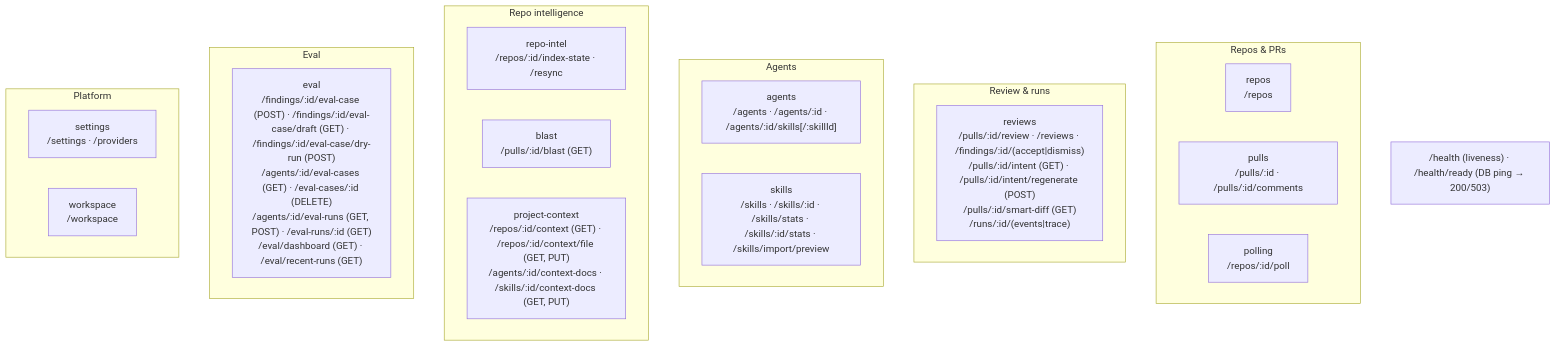
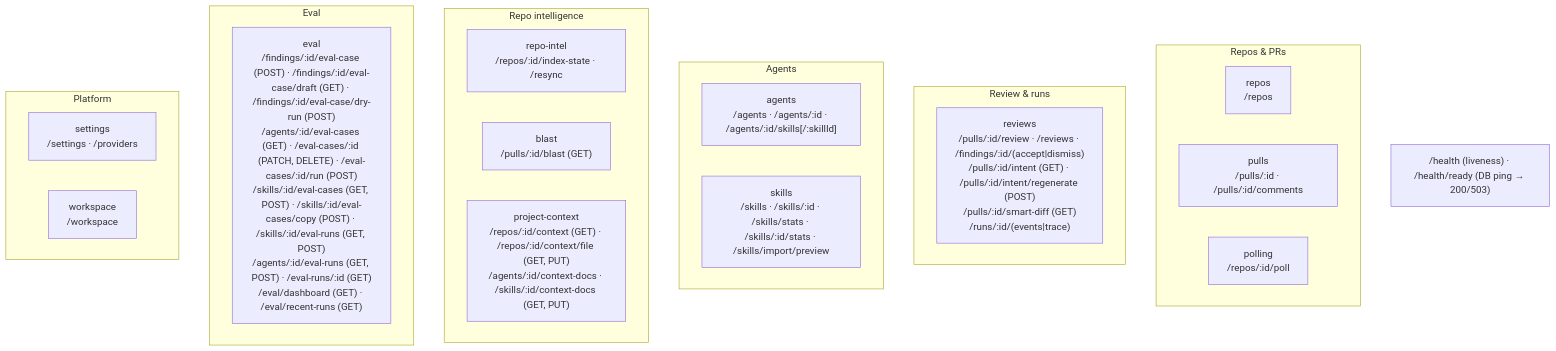
The second of 2 diagrams in server/README.md (free3et/dev-digest), drawn with Mermaid before and after one commit. The commit also changed other lines of this file and 39 other files, not shown here.

Commit message:
feat(eval): skill-owned eval cases and suite runs (G1): migration 0016, owner-aware routes, host-agent runs

````diff
--- a/server/README.md
+++ b/server/README.md
@@ -64,28 +64,28 @@
 ```mermaid
 flowchart TB
   subgraph Repos_PRs["Repos & PRs"]
     repos["repos<br/>/repos"]
     pulls["pulls<br/>/pulls/:id · /pulls/:id/comments"]
     polling["polling<br/>/repos/:id/poll"]
   end
   subgraph Review["Review & runs"]
     reviews["reviews<br/>/pulls/:id/review · /reviews · /findings/:id/(accept|dismiss)<br/>/pulls/:id/intent (GET) · /pulls/:id/intent/regenerate (POST)<br/>/pulls/:id/smart-diff (GET)<br/>/runs/:id/(events|trace)"]
   end
   subgraph Agents["Agents"]
     agents["agents<br/>/agents · /agents/:id · /agents/:id/skills[/:skillId]"]
     skills["skills<br/>/skills · /skills/:id · /skills/stats · /skills/:id/stats · /skills/import/preview"]
   end
   subgraph Intel["Repo intelligence"]
     repoIntel["repo-intel<br/>/repos/:id/index-state · /resync"]
     blast["blast<br/>/pulls/:id/blast (GET)"]
     projectContext["project-context<br/>/repos/:id/context (GET) · /repos/:id/context/file (GET, PUT)<br/>/agents/:id/context-docs · /skills/:id/context-docs (GET, PUT)"]
   end
   subgraph Eval["Eval"]
-    evalMod["eval<br/>/findings/:id/eval-case (POST) · /findings/:id/eval-case/draft (GET) · /findings/:id/eval-case/dry-run (POST)<br/>/agents/:id/eval-cases (GET) · /eval-cases/:id (DELETE)<br/>/agents/:id/eval-runs (GET, POST) · /eval-runs/:id (GET)<br/>/eval/dashboard (GET) · /eval/recent-runs (GET)"]
+    evalMod["eval<br/>/findings/:id/eval-case (POST) · /findings/:id/eval-case/draft (GET) · /findings/:id/eval-case/dry-run (POST)<br/>/agents/:id/eval-cases (GET) · /eval-cases/:id (PATCH, DELETE) · /eval-cases/:id/run (POST)<br/>/skills/:id/eval-cases (GET, POST) · /skills/:id/eval-cases/copy (POST) · /skills/:id/eval-runs (GET, POST)<br/>/agents/:id/eval-runs (GET, POST) · /eval-runs/:id (GET)<br/>/eval/dashboard (GET) · /eval/recent-runs (GET)"]
   end
   subgraph Platform["Platform"]
     settings["settings<br/>/settings · /providers"]
     workspace["workspace<br/>/workspace"]
   end
   HEALTH["/health (liveness) · /health/ready (DB ping → 200/503)"]
 ```
````
